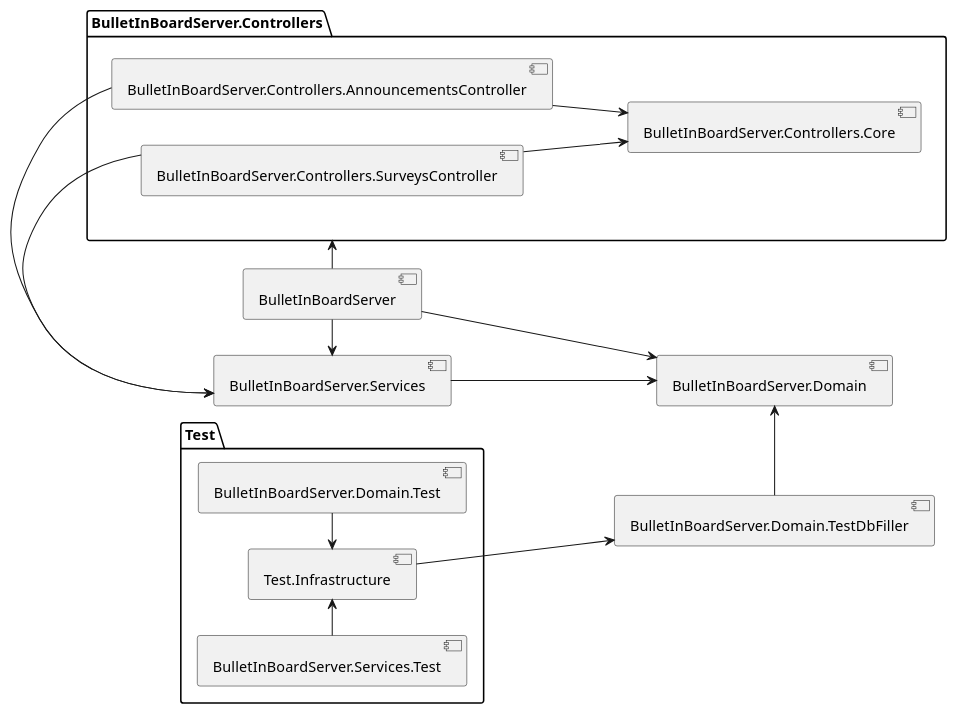
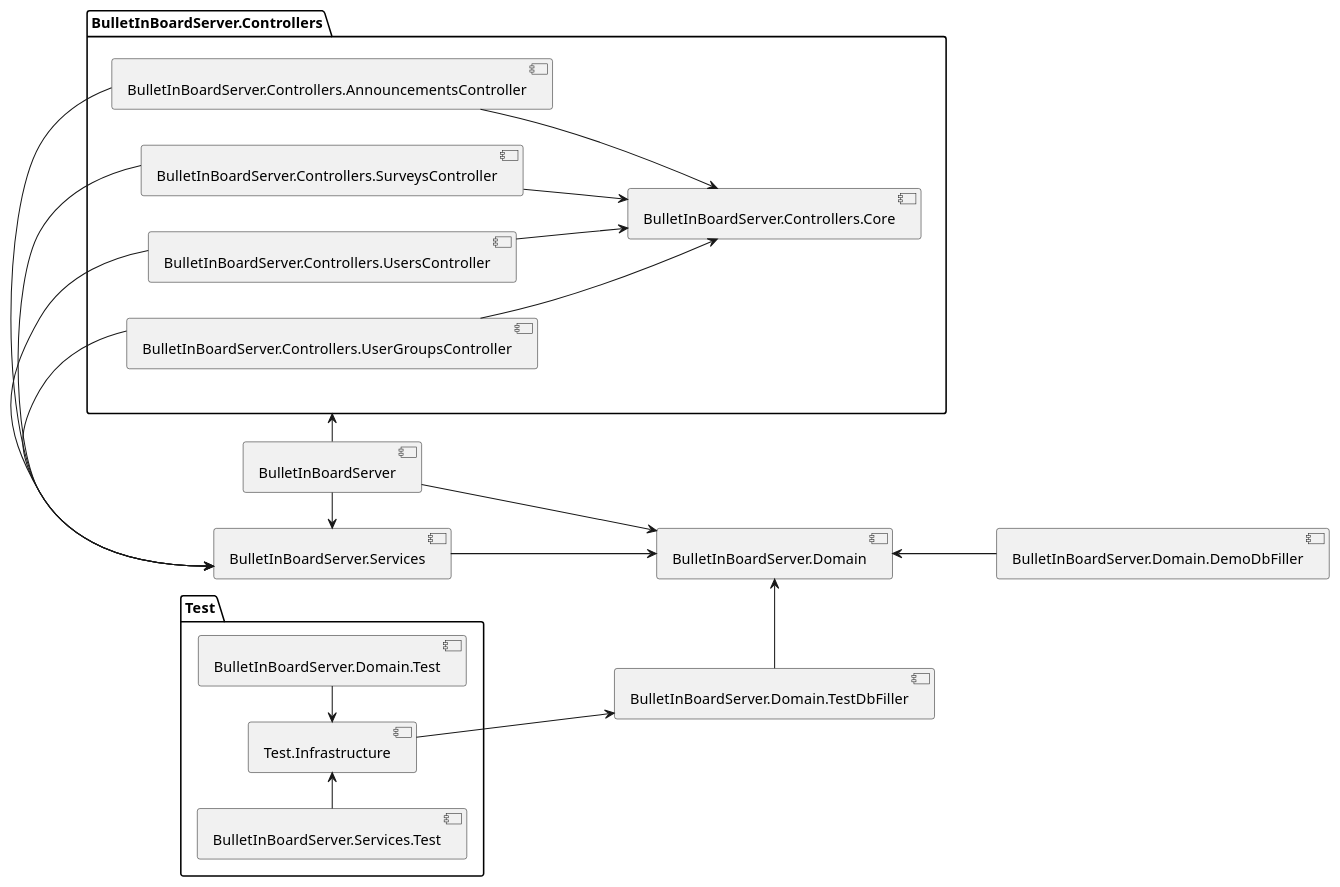
The diagram in src/BulletInBoardServer/BulletInBoardServer/project-structure.puml (astu-app/ASTU-Bulletin-Board-Server), drawn with PlantUML before and after one commit. The commit also changed 21 other files, not shown here.

```diff
--- a/src/BulletInBoardServer/BulletInBoardServer/project-structure.puml
+++ b/src/BulletInBoardServer/BulletInBoardServer/project-structure.puml
@@ -1,39 +1,47 @@
 @startuml
 'https://plantuml.com/component-diagram
 
 left to right direction
 
 [BulletInBoardServer] as main
 [BulletInBoardServer.Services] as services
 [BulletInBoardServer.Domain] as domain
 [BulletInBoardServer.Domain.TestDbFiller] as testDbFiller
+[BulletInBoardServer.Domain.DemoDbFiller] as demoDbFiller
 
 package "BulletInBoardServer.Controllers" as controllers {
     [BulletInBoardServer.Controllers.Core] as controllerCore
     [BulletInBoardServer.Controllers.AnnouncementsController] as announcementsController
     [BulletInBoardServer.Controllers.SurveysController] as surveysController
+    [BulletInBoardServer.Controllers.UsersController] as usersController
+    [BulletInBoardServer.Controllers.UserGroupsController] as userGroupsController
 }
 
 package "Test" as test {
     [Test.Infrastructure] as testInfrastructure
     [BulletInBoardServer.Domain.Test] as domainTest
     [BulletInBoardServer.Services.Test] as servicesTest
 } 
 
 main                    -> controllers
 main                    -> services
 main                    -> domain
 
 announcementsController -> services
 surveysController       -> services
+usersController         -> services
+userGroupsController    -> services
 announcementsController -down-> controllerCore
 surveysController       -down-> controllerCore
+usersController         -down-> controllerCore
+userGroupsController    -down-> controllerCore
 
 services                --> domain
 testDbFiller            -left-> domain
+demoDbFiller            -up-> domain
 
 testInfrastructure      --> testDbFiller
 domainTest              -left-> testInfrastructure
 servicesTest            -right-> testInfrastructure
 
 @enduml
```
